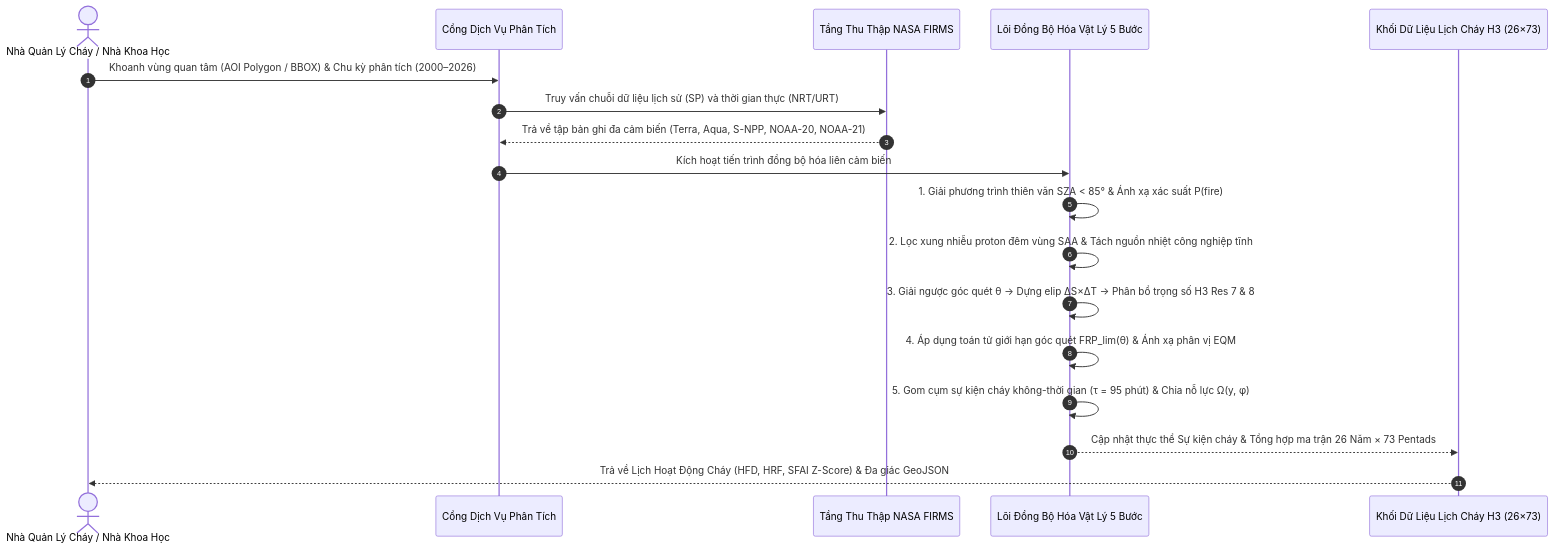
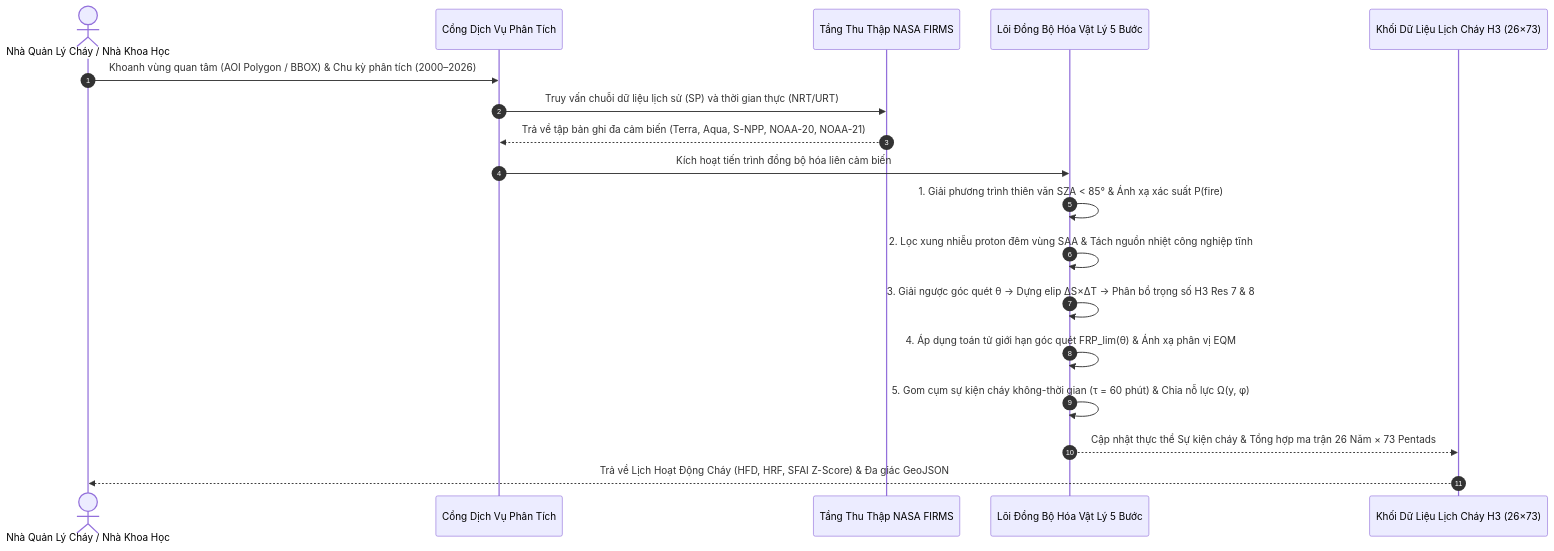
One commit to the-aris-club/flare-chronos changed the second of 2 diagrams in exports/PROPOSAL.md. Above: the diagram before and after it, drawn with Mermaid. The commit also changed other lines of this file and 23 other files, not shown here.

````diff
--- a/exports/PROPOSAL.md
+++ b/exports/PROPOSAL.md
@@ -121,21 +121,21 @@
 ```mermaid
 sequenceDiagram
     autonumber
     actor User as Nhà Quản Lý Cháy / Nhà Khoa Học
     participant Gateway as Cổng Dịch Vụ Phân Tích
     participant Ingestion as Tầng Thu Thập NASA FIRMS
     participant Engine as Lõi Đồng Bộ Hóa Vật Lý 5 Bước
     participant Cube as Khối Dữ Liệu Lịch Cháy H3 (26×73)
 
     User->>Gateway: Khoanh vùng quan tâm (AOI Polygon / BBOX) & Chu kỳ phân tích (2000–2026)
     Gateway->>Ingestion: Truy vấn chuỗi dữ liệu lịch sử (SP) và thời gian thực (NRT/URT)
     Ingestion-->>Gateway: Trả về tập bản ghi đa cảm biến (Terra, Aqua, S-NPP, NOAA-20, NOAA-21)
     Gateway->>Engine: Kích hoạt tiến trình đồng bộ hóa liên cảm biến
     Engine->>Engine: 1. Giải phương trình thiên văn SZA < 85° & Ánh xạ xác suất P(fire)
     Engine->>Engine: 2. Lọc xung nhiễu proton đêm vùng SAA & Tách nguồn nhiệt công nghiệp tĩnh
     Engine->>Engine: 3. Giải ngược góc quét θ -> Dựng elip ΔS×ΔT -> Phân bổ trọng số H3 Res 7 & 8
     Engine->>Engine: 4. Áp dụng toán tử giới hạn góc quét FRP_lim(θ) & Ánh xạ phân vị EQM
-    Engine->>Engine: 5. Gom cụm sự kiện cháy không-thời gian (τ = 95 phút) & Chia nỗ lực Ω(y, φ)
+    Engine->>Engine: 5. Gom cụm sự kiện cháy không-thời gian (τ = 60 phút) & Chia nỗ lực Ω(y, φ)
     Engine-->>Cube: Cập nhật thực thể Sự kiện cháy & Tổng hợp ma trận 26 Năm × 73 Pentads
     Cube-->>User: Trả về Lịch Hoạt Động Cháy (HFD, HRF, SFAI Z-Score) & Đa giác GeoJSON
 ```
````
